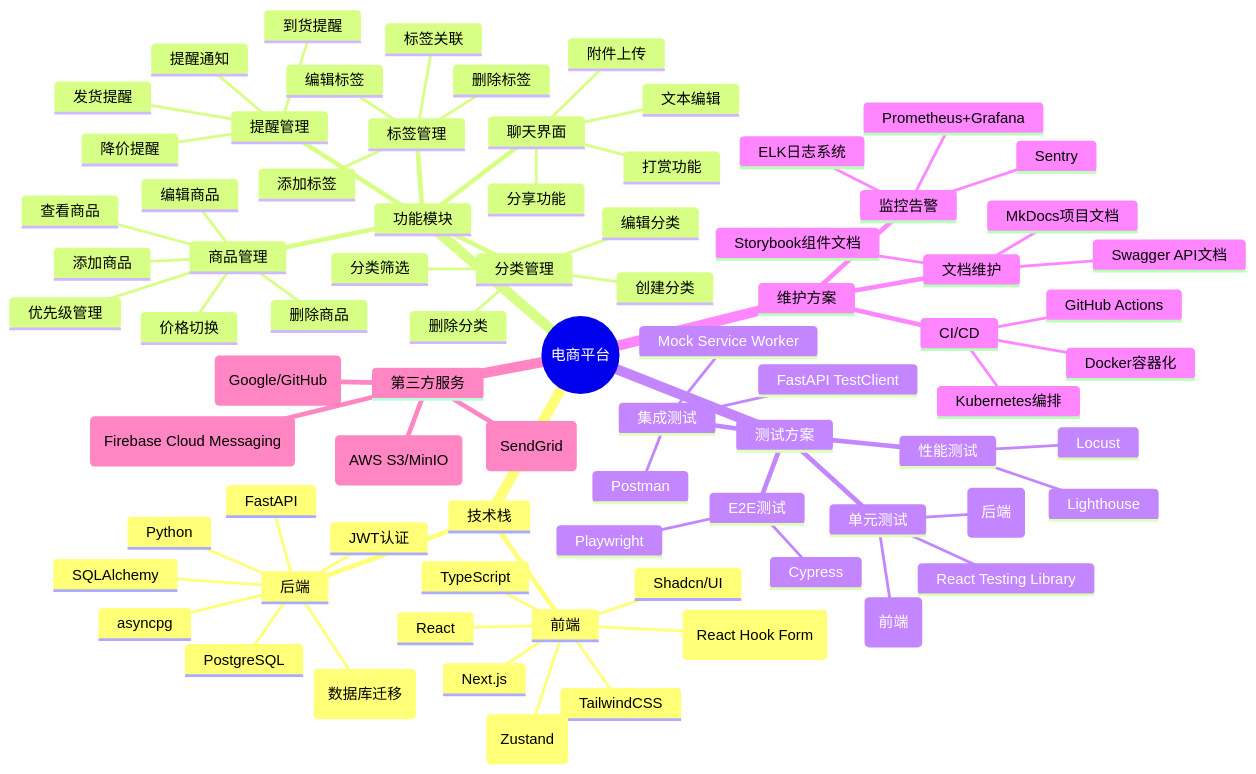
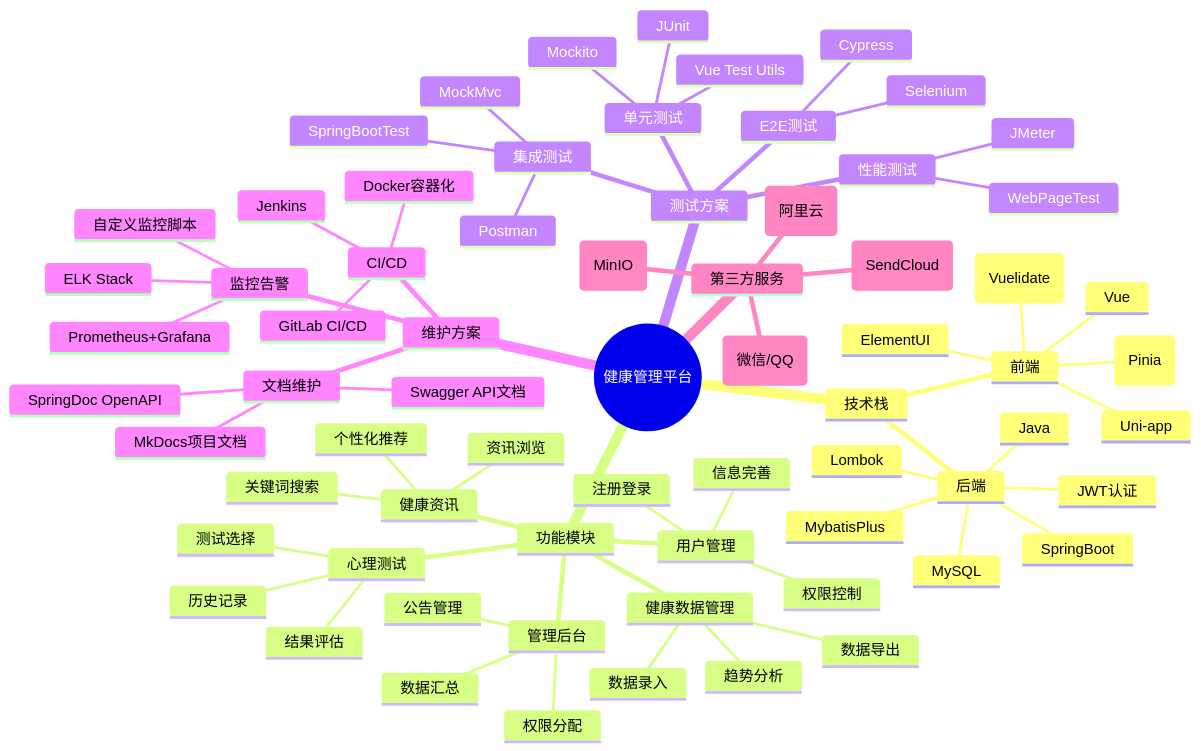
One commit to onlygggxk/docs changed the diagram in README.md. Above: the diagram before and after it, drawn with Mermaid. The commit also changed other lines of this file, not shown here.

````diff
--- a/README.md
+++ b/README.md
@@ -25,82 +36,72 @@
 ```mermaid
 mindmap
-  root((电商平台))
+  root((健康管理平台))
     技术栈
       前端
-        React
-        Next.js
-        TailwindCSS
-        TypeScript
-        Shadcn/UI
-        状态管理(Zustand)
-        表单验证(React Hook Form)
+        Vue
+        ElementUI
+        Uni-app
+        状态管理(Pinia)
+        表单验证(Vuelidate)
       后端
-        Python
-        FastAPI
-        PostgreSQL
-        SQLAlchemy
-        asyncpg
+        Java
+        SpringBoot
+        MybatisPlus
+        MySQL
         JWT认证
-        Alembic(数据库迁移)
+        Lombok
     功能模块
-      商品管理
-        添加商品
-        编辑商品
-        删除商品
-        查看商品
-        价格切换
-        优先级管理
-      分类管理
-        创建分类
-        编辑分类
-        删除分类
-        分类筛选
-      标签管理
-        添加标签
-        编辑标签
-        删除标签
-        标签关联
-      提醒管理
-        发货提醒
-        到货提醒
-        降价提醒
-        提醒通知
-      聊天界面
-        文本编辑
-        附件上传
-        打赏功能
-        分享功能
+      用户管理
+        注册登录
+        信息完善
+        权限控制
+      健康数据管理
+        数据录入
+        趋势分析
+        数据导出
+      心理测试
+        测试选择
+        结果评估
+        历史记录
+      健康资讯
+        资讯浏览
+        关键词搜索
+        个性化推荐
+      管理后台
+        公告管理
+        数据汇总
+        权限分配
     测试方案
       单元测试
-        Jest(前端)
-        pytest(后端)
-        React Testing Library
+        JUnit
+        Mockito
+        Vue Test Utils
       集成测试
         Postman
-        FastAPI TestClient
-        Mock Service Worker
+        SpringBootTest
+        MockMvc
       E2E测试
+        Selenium
         Cypress
-        Playwright
       性能测试
-        Locust
-        Lighthouse
+        JMeter
+        WebPageTest
     维护方案
       CI/CD
-        GitHub Actions
+        Jenkins
+        GitLab CI/CD
         Docker容器化
-        Kubernetes编排
       监控告警
-        Sentry
         Prometheus+Grafana
-        ELK日志系统
+        ELK Stack
+        自定义监控脚本
       文档维护
         Swagger API文档
-        Storybook组件文档
+        SpringDoc OpenAPI
         MkDocs项目文档
     第三方服务
-      云存储(AWS S3/MinIO)
-      邮件服务(SendGrid)
-      推送服务(Firebase Cloud Messaging)
-      OAuth集成(Google/GitHub)
+      短信服务(阿里云)
+      邮件服务(SendCloud)
+      存储服务(MinIO)
+      OAuth集成(微信/QQ)
 ```
````
